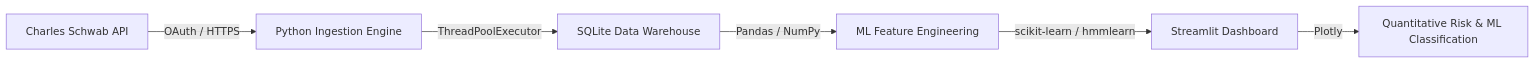
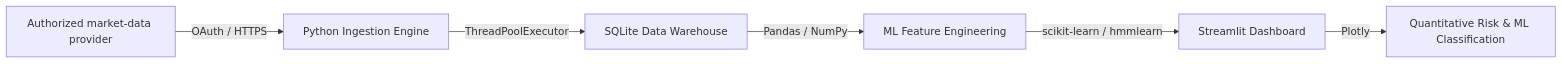
The diagram in README.md (mp2123/Institutional-Market-Data-Engine-Docs), drawn with Mermaid before and after one commit. The commit also changed other lines of this file and 2 other files, not shown here.

Commit message:
Sanitize market-data provider references

````diff
--- a/README.md
+++ b/README.md
@@ -38,8 +38,8 @@
 ```mermaid
 flowchart LR
-    A["Charles Schwab API"] -- "OAuth / HTTPS" --> B["Python Ingestion Engine"]
+    A["Authorized market-data provider"] -- "OAuth / HTTPS" --> B["Python Ingestion Engine"]
     B -- "ThreadPoolExecutor" --> C["SQLite Data Warehouse"]
     C -- "Pandas / NumPy" --> D["ML Feature Engineering"]
     D -- "scikit-learn / hmmlearn" --> E["Streamlit Dashboard"]
     E -- "Plotly" --> F["Quantitative Risk & ML Classification"]
 ```
````
